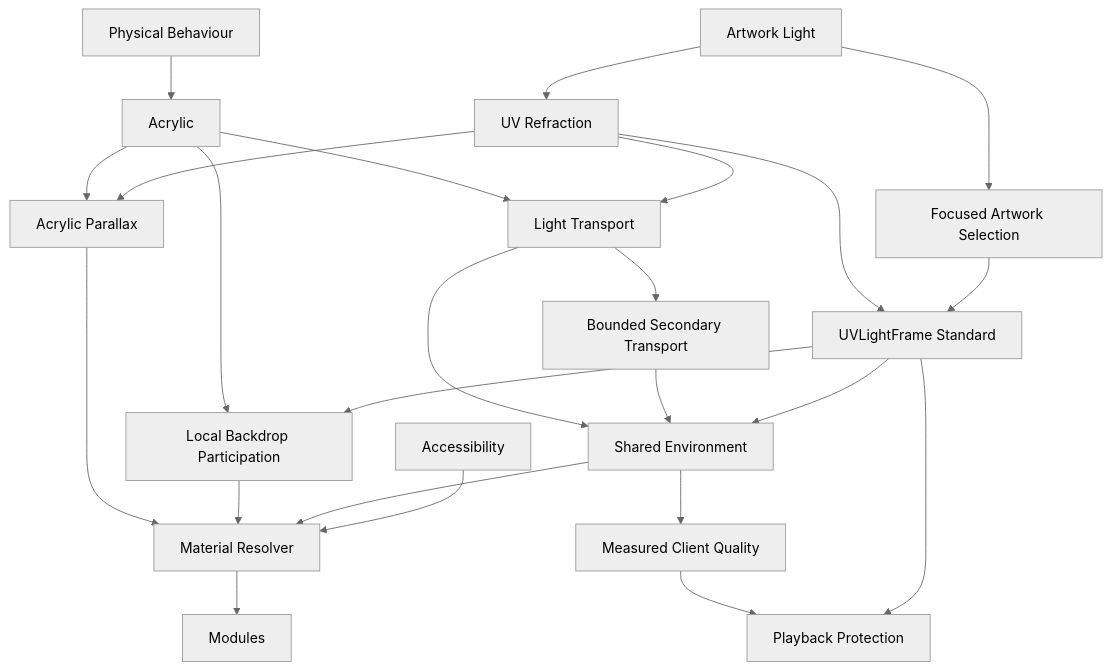
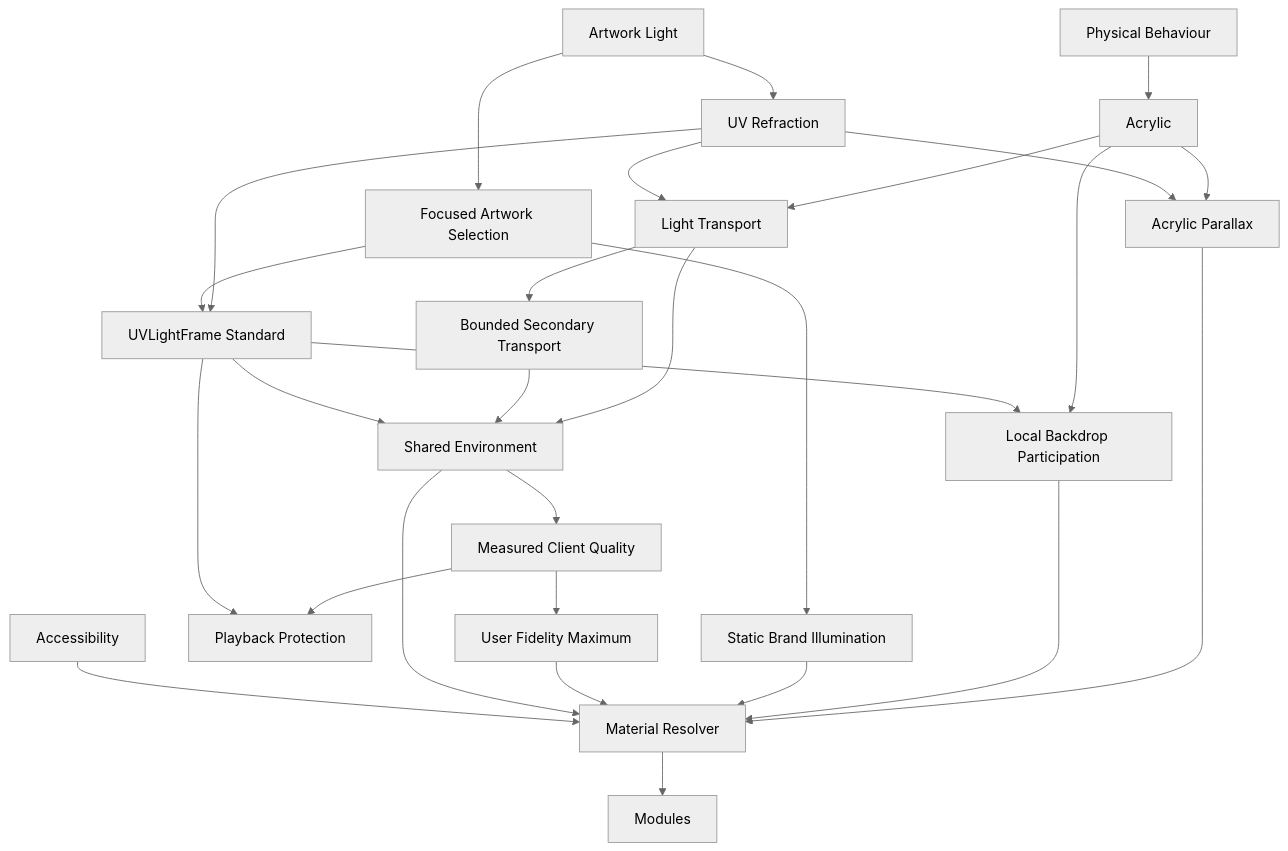
The diagram in docs/design/system/mds-003-material-system/12-adrs.md (mosaic-media/architecture), drawn with Mermaid (neutral theme) before and after one commit. The commit also changed other lines of this file and 8 other files, not shown here.

```diff
--- a/docs/design/system/mds-003-material-system/12-adrs.md
+++ b/docs/design/system/mds-003-material-system/12-adrs.md
@@ -600,6 +660,10 @@
 ADR125["Focused Artwork Selection"]
 
 ADR126["Local Backdrop Participation"]
+
+ADR127["Static Brand Illumination"]
+
+ADR128["User Fidelity Maximum"]
 
 ADR111 --> ADR112
 
@@ -641,6 +705,14 @@
 
 ADR126 --> ADR116
 
+ADR125 --> ADR127
+
+ADR127 --> ADR116
+
+ADR121 --> ADR128
+
+ADR128 --> ADR116
+
 ADR118 --> ADR116
 
 ADR117 --> ADR116
```
